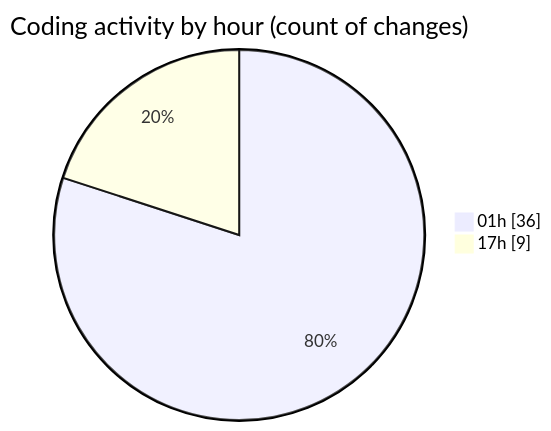
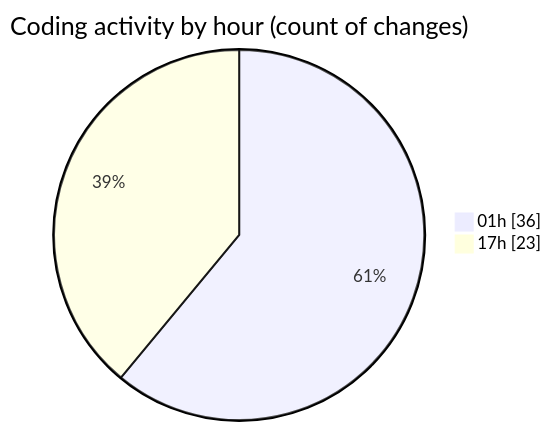
One commit to lephambinh05/code-tracking changed the second of 2 diagrams in 2025-07-29/appproject/README.md. Above: the diagram before and after it, drawn with Mermaid. The commit also changed other lines of this file and 1 other file, not shown here.

````diff
--- a/2025-07-29/appproject/README.md
+++ b/2025-07-29/appproject/README.md
@@ -50,6 +58,6 @@
 ```mermaid
 pie showData
 title Coding activity by hour (count of changes)
 "01h" : 36
-"17h" : 9
+"17h" : 23
 ```
````
